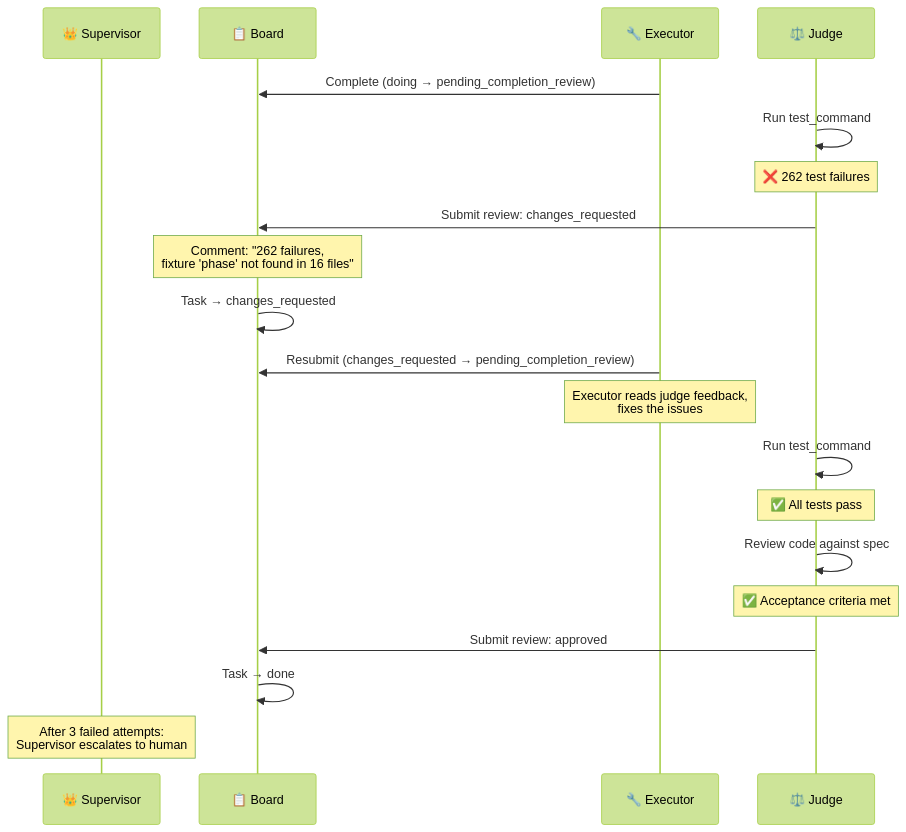
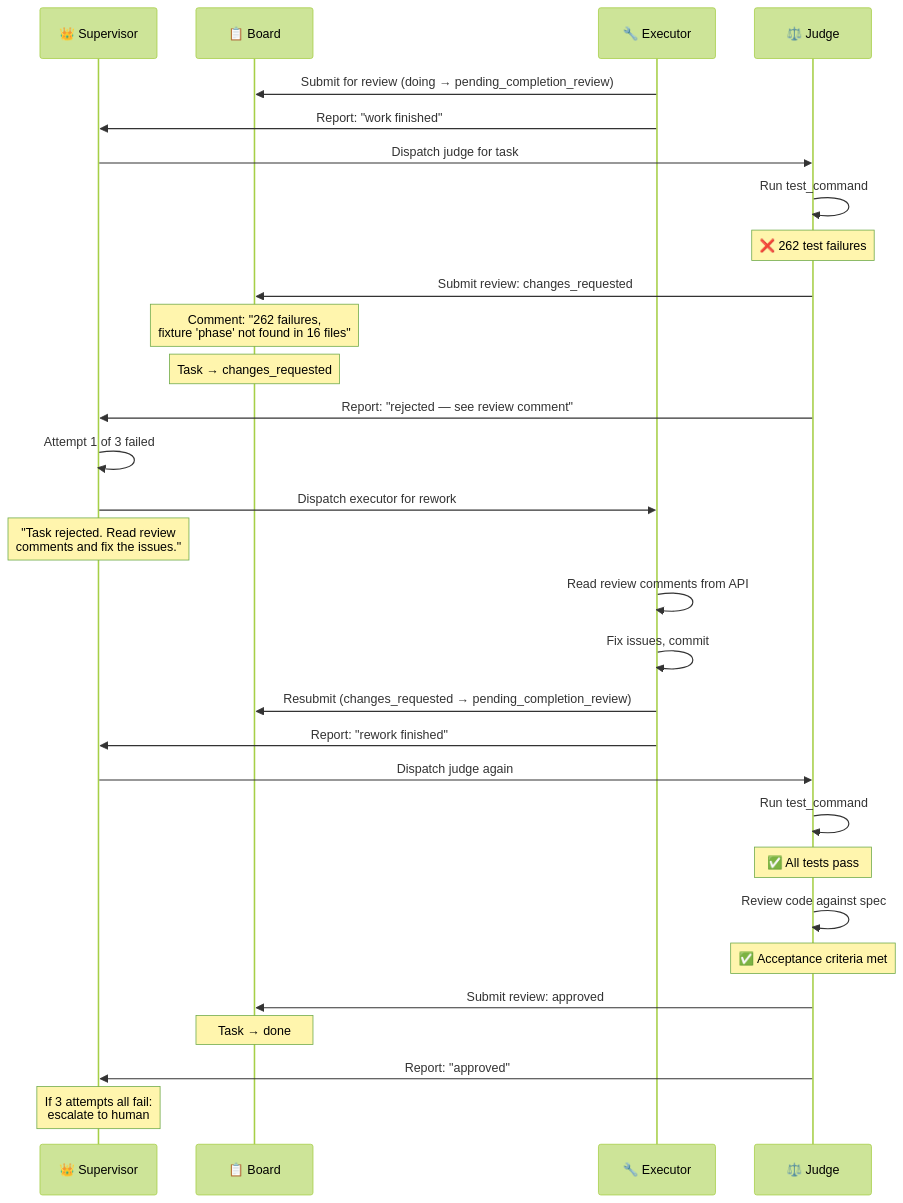
Before and after one commit to vilosource/vtaskforge: the third of 4 diagrams in docs/design/agent-execution-process-DESIGN.md, drawn with Mermaid (forest theme). The commit also changed other lines of this file, not shown here.

First line of the commit message:
Fix agent execution diagrams: supervisor dispatches, never verifies

````diff
--- a/docs/design/agent-execution-process-DESIGN.md
+++ b/docs/design/agent-execution-process-DESIGN.md
@@ -126,30 +130,39 @@
 ```mermaid
 sequenceDiagram
     participant S as 👑 Supervisor
     participant B as 📋 Board
     participant E as 🔧 Executor
     participant J as ⚖️ Judge
 
-    E->>B: Complete (doing → pending_completion_review)
+    E->>B: Submit for review (doing → pending_completion_review)
+    E->>S: Report: "work finished"
 
+    S->>J: Dispatch judge for task
     J->>J: Run test_command
     Note over J: ❌ 262 test failures
 
     J->>B: Submit review: changes_requested
     Note over B: Comment: "262 failures,<br/>fixture 'phase' not found in 16 files"
-    B->>B: Task → changes_requested
+    Note over B: Task → changes_requested
+    J->>S: Report: "rejected — see review comment"
 
+    S->>S: Attempt 1 of 3 failed
+    S->>E: Dispatch executor for rework
+    Note over S: "Task rejected. Read review<br/>comments and fix the issues."
+
+    E->>E: Read review comments from API
+    E->>E: Fix issues, commit
     E->>B: Resubmit (changes_requested → pending_completion_review)
-    Note over E: Executor reads judge feedback,<br/>fixes the issues
+    E->>S: Report: "rework finished"
 
+    S->>J: Dispatch judge again
     J->>J: Run test_command
     Note over J: ✅ All tests pass
-
     J->>J: Review code against spec
     Note over J: ✅ Acceptance criteria met
+    J->>B: Submit review: approved
+    Note over B: Task → done
+    J->>S: Report: "approved"
 
-    J->>B: Submit review: approved
-    B->>B: Task → done
-
-    Note over S: After 3 failed attempts:<br/>Supervisor escalates to human
+    Note over S: If 3 attempts all fail:<br/>escalate to human
 ```
````
